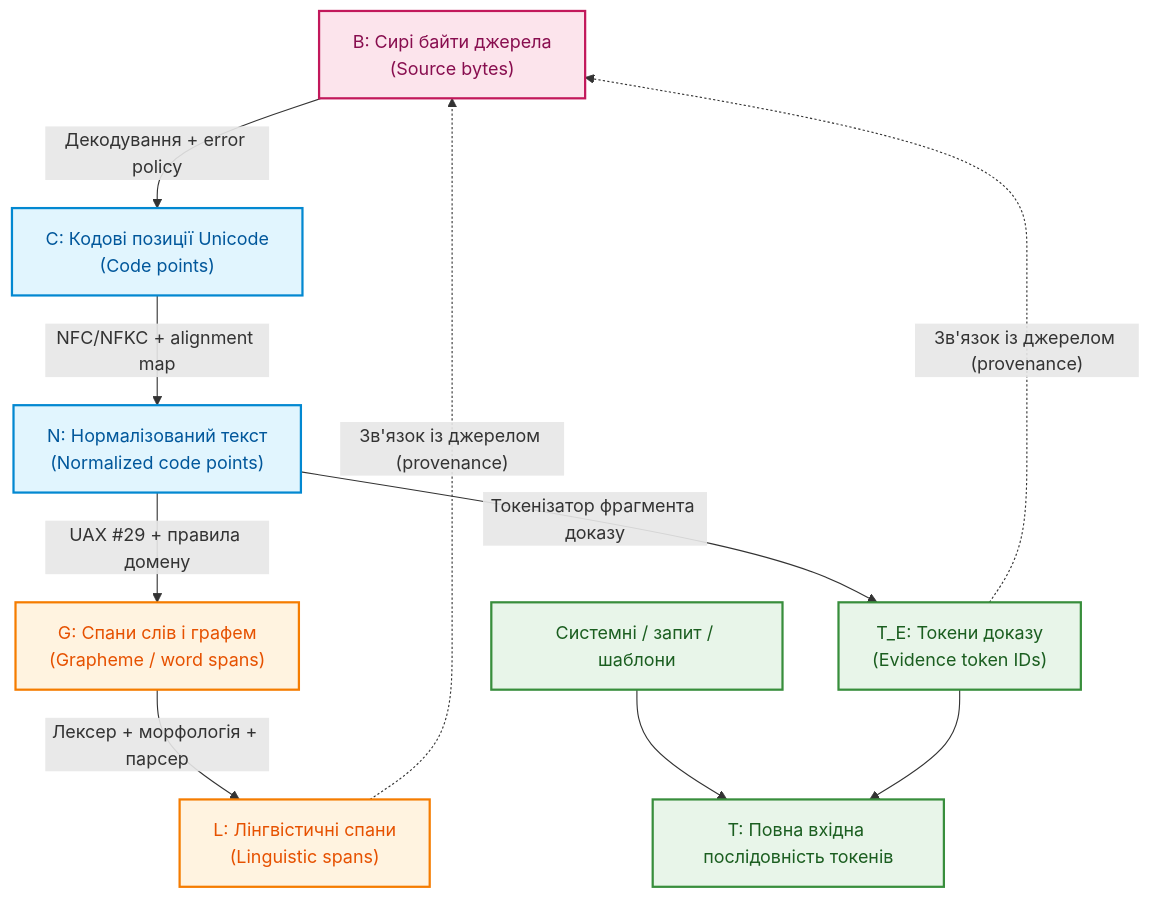
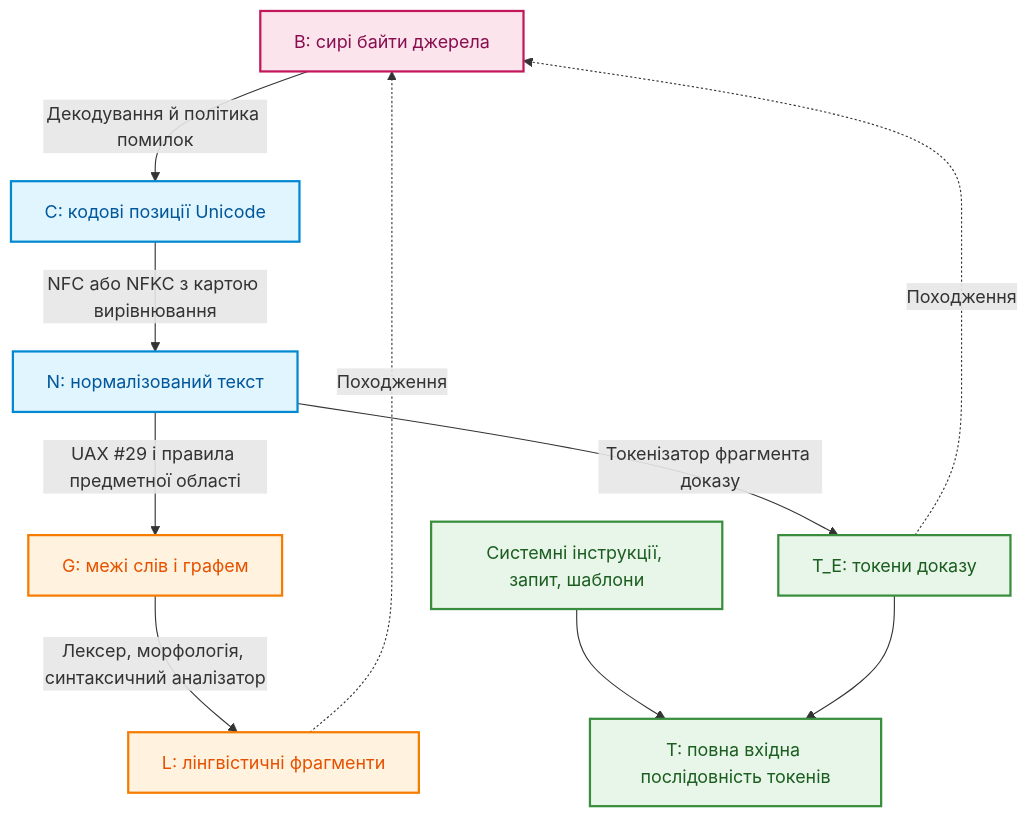
The second of 7 diagrams in ExpertSystem/ch12-linguistic-analysis-and-local-models.md (nick-fedchik/articles), drawn with Mermaid before and after one commit. The commit also changed other lines of this file, not shown here.

````diff
--- a/ExpertSystem/ch12-linguistic-analysis-and-local-models.md
+++ b/ExpertSystem/ch12-linguistic-analysis-and-local-models.md
@@ -65,25 +64,25 @@
 ```mermaid
 flowchart TB
-    accTitle: Ієрархія координатних систем від сирих байтів до токенів моделі
-    accDescr: Багаторівнева схема відображення від source bytes через Unicode code points і нормалізацію до токенів доказу.
+    accTitle: Ієрархія систем координат від сирих байтів до токенів моделі
+    accDescr: Відображення від байтів джерела через кодові позиції Unicode й нормалізацію до токенів доказу.
 
-    B["B: Сирі байти джерела<br/>(Source bytes)"] -->|"Декодування + error policy"| C["C: Кодові позиції Unicode<br/>(Code points)"]
-    C -->|"NFC/NFKC + alignment map"| N["N: Нормалізований текст<br/>(Normalized code points)"]
-    N -->|"UAX #29 + правила домену"| G["G: Спани слів і графем<br/>(Grapheme / word spans)"]
-    G -->|"Лексер + морфологія + парсер"| L["L: Лінгвістичні спани<br/>(Linguistic spans)"]
-    N -->|"Токенізатор фрагмента доказу"| TE["T_E: Токени доказу<br/>(Evidence token IDs)"]
-    X["Системні / запит / шаблони"] --> T["T: Повна вхідна послідовність токенів"]
+    B["B: сирі байти джерела"] -->|"Декодування й політика помилок"| C["C: кодові позиції Unicode"]
+    C -->|"NFC або NFKC з картою вирівнювання"| N["N: нормалізований текст"]
+    N -->|"UAX #29 і правила предметної області"| G["G: межі слів і графем"]
+    G -->|"Лексер, морфологія, синтаксичний аналізатор"| L["L: лінгвістичні фрагменти"]
+    N -->|"Токенізатор фрагмента доказу"| TE["T_E: токени доказу"]
+    X["Системні інструкції, запит, шаблони"] --> T["T: повна вхідна послідовність токенів"]
     TE --> T
-    L -. "Зв'язок із джерелом (provenance)" .-> B
-    TE -. "Зв'язок із джерелом (provenance)" .-> B
+    L -. "Походження" .-> B
+    TE -. "Походження" .-> B
 
     classDef raw fill:#fce4ec,stroke:#c2185b,stroke-width:2px,color:#880e4f;
     classDef uni fill:#e1f5fe,stroke:#0288d1,stroke-width:2px,color:#01579b;
     classDef ling fill:#fff3e0,stroke:#f57c00,stroke-width:2px,color:#e65100;
     classDef tok fill:#e8f5e9,stroke:#388e3c,stroke-width:2px,color:#1b5e20;
 
     class B raw;
     class C,N uni;
     class G,L ling;
     class TE,X,T tok;
 ```
````
